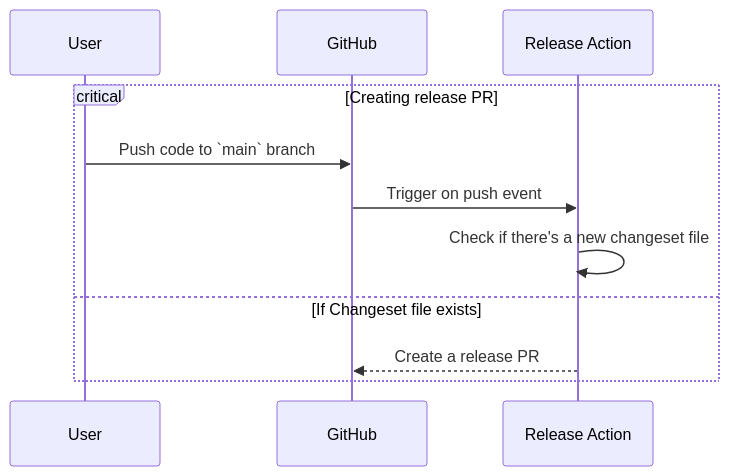
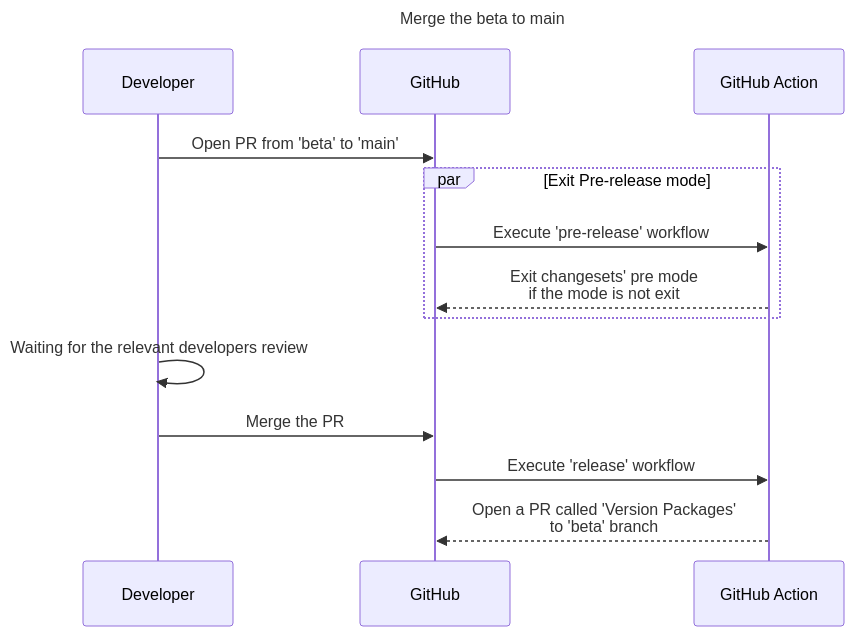
One commit to saenyakorn/monorepo-versioning-gitops changed the sixth of 7 diagrams in README.md. Above: the diagram before and after it, drawn with Mermaid. The commit also changed other lines of this file and 11 other files, not shown here.

````diff
--- a/README.md
+++ b/README.md
@@ -9,10 +231,15 @@
 ```mermaid
+---
+title: Merge the beta to main
+---
 sequenceDiagram
-   critical Creating release PR
-      User->>GitHub: Push code to `main` branch
-      GitHub->>Release Action: Trigger on push event
-      Release Action->>Release Action: Check if there's a new changeset file
-   option If Changeset file exists
-      Release Action-->>GitHub: Create a release PR
+   Developer->>GitHub: Open PR from 'beta' to 'main'
+   par Exit Pre-release mode
+      GitHub ->> GitHub Action: Execute 'pre-release' workflow
+      GitHub Action -->> GitHub: Exit changesets' pre mode <br/> if the mode is not exit
    end
+   Developer ->> Developer: Waiting for the relevant developers review
+   Developer->>GitHub: Merge the PR
+   GitHub ->> GitHub Action: Execute 'release' workflow
+   GitHub Action -->> GitHub: Open a PR called 'Version Packages' <br/> to 'beta' branch
 ```
````
